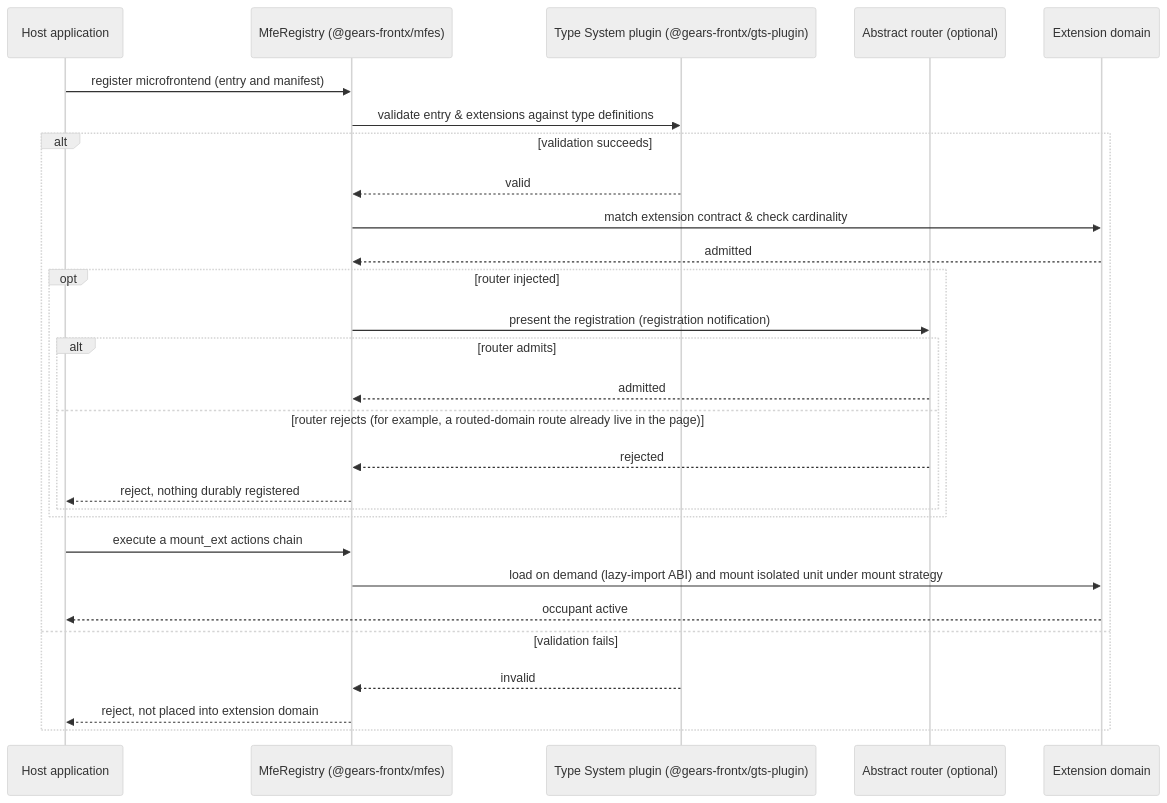
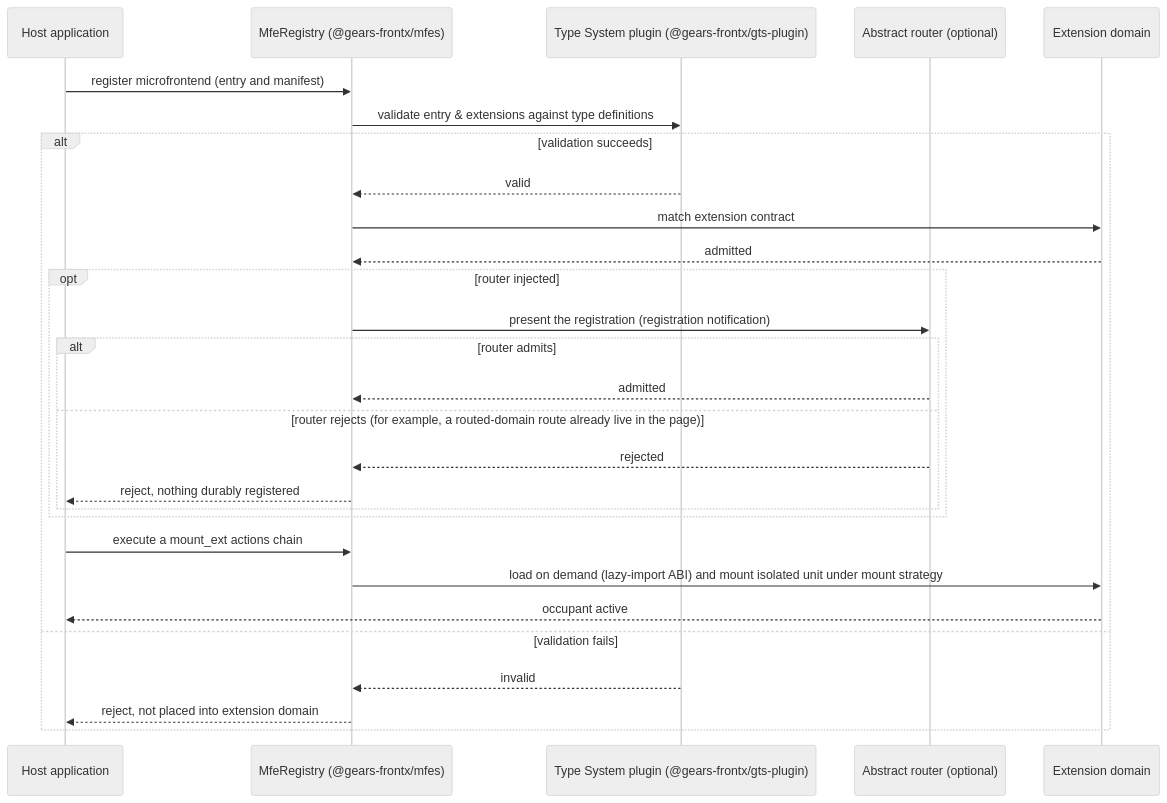
One commit to constructorfabric/gears-frontx changed the third of 5 diagrams in packages/mfes/architecture/DESIGN.md. Above: the diagram before and after it, drawn with Mermaid (neutral theme). The commit also changed other lines of this file and 94 other files, not shown here.

````diff
--- a/packages/mfes/architecture/DESIGN.md
+++ b/packages/mfes/architecture/DESIGN.md
@@ -443,30 +443,30 @@
 ```mermaid
 sequenceDiagram
     participant App as Host application
     participant Reg as MfeRegistry (@gears-frontx/mfes)
     participant TS as Type System plugin (@gears-frontx/gts-plugin)
     participant Rt as Abstract router (optional)
     participant Dom as Extension domain
     App->>Reg: register microfrontend (entry and manifest)
     Reg->>TS: validate entry & extensions against type definitions
     alt validation succeeds
         TS-->>Reg: valid
-        Reg->>Dom: match extension contract & check cardinality
+        Reg->>Dom: match extension contract
         Dom-->>Reg: admitted
         opt router injected
             Reg->>Rt: present the registration (registration notification)
             alt router admits
                 Rt-->>Reg: admitted
             else router rejects (for example, a routed-domain route already live in the page)
                 Rt-->>Reg: rejected
                 Reg-->>App: reject, nothing durably registered
             end
         end
         App->>Reg: execute a mount_ext actions chain
         Reg->>Dom: load on demand (lazy-import ABI) and mount isolated unit under mount strategy
         Dom-->>App: occupant active
     else validation fails
         TS-->>Reg: invalid
         Reg-->>App: reject, not placed into extension domain
     end
 ```
````
